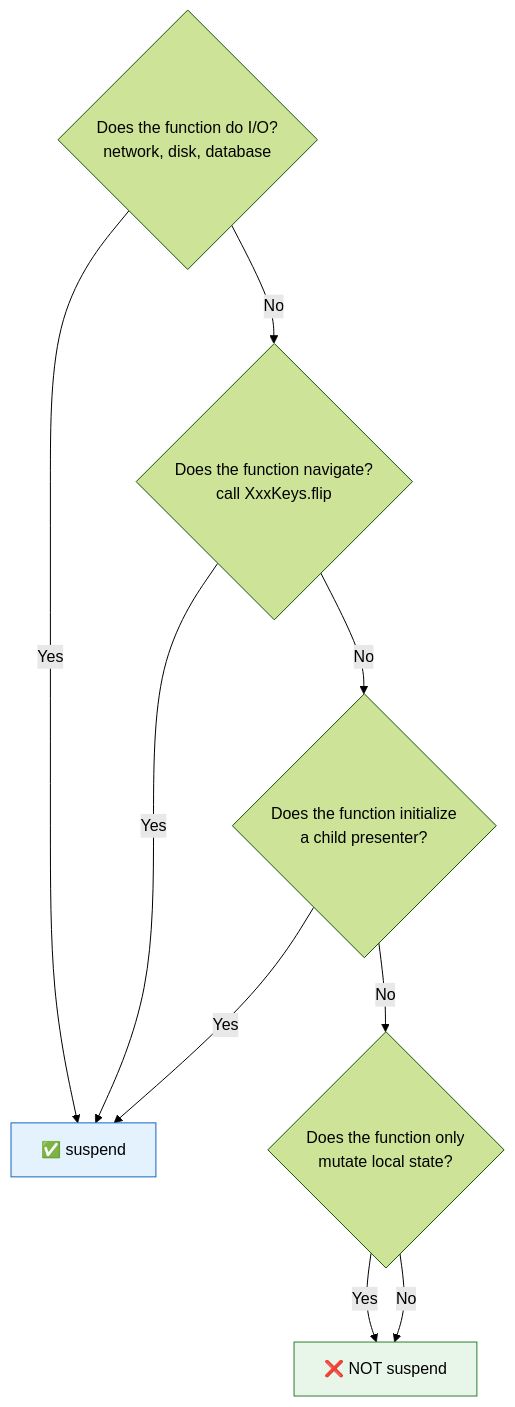
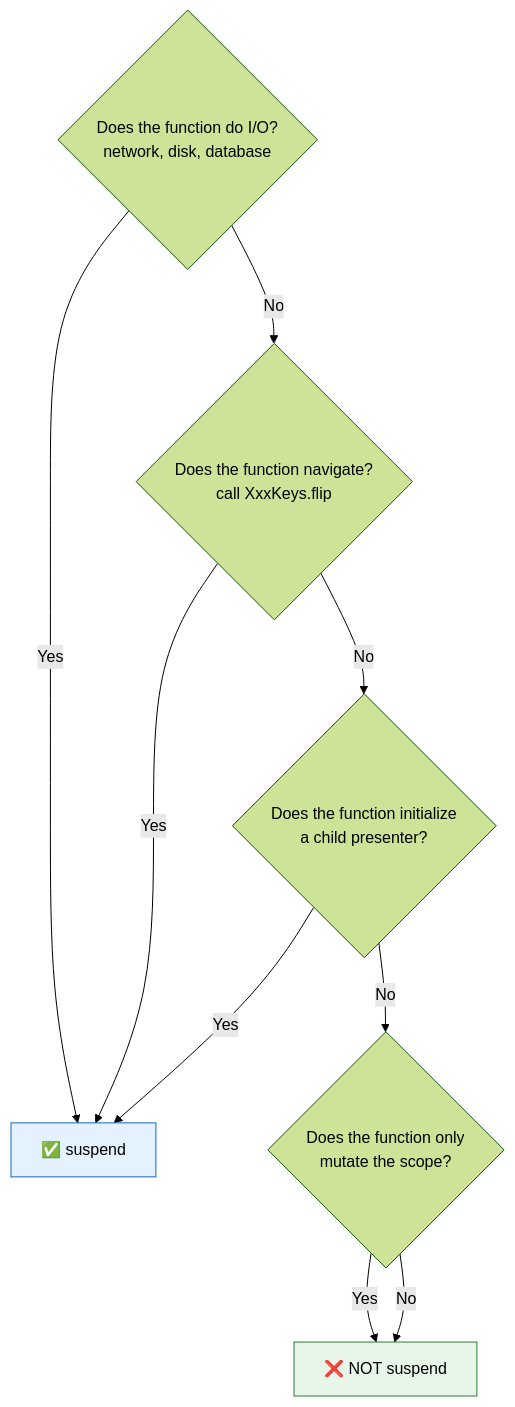
Before and after one commit to mrcdom/wdc-cube-kotlin: diagram 16 of 19 in docs/architecture-cube.md, drawn with Mermaid (forest theme). The commit also changed other lines of this file and 117 other files, not shown here.

````diff
--- a/docs/architecture-cube.md
+++ b/docs/architecture-cube.md
@@ -890,19 +892,19 @@
 ```mermaid
 flowchart TD
     Q1{Does the function do I/O?\nnetwork, disk, database}
     Q2{Does the function navigate?\ncall XxxKeys.flip}
     Q3{Does the function initialize\na child presenter?}
-    Q4{Does the function only\nmutate local state?}
+    Q4{Does the function only\nmutate the scope?}
 
     Q1 -->|Yes| SUSPEND["✅ suspend"]
     Q1 -->|No| Q2
     Q2 -->|Yes| SUSPEND
     Q2 -->|No| Q3
     Q3 -->|Yes| SUSPEND
     Q3 -->|No| Q4
     Q4 -->|Yes| NOSUSPEND["❌ NOT suspend"]
     Q4 -->|No| NOSUSPEND
 
     style SUSPEND fill:#e3f2fd,stroke:#1565c0
     style NOSUSPEND fill:#e8f5e9,stroke:#2e7d32
 ```
````
